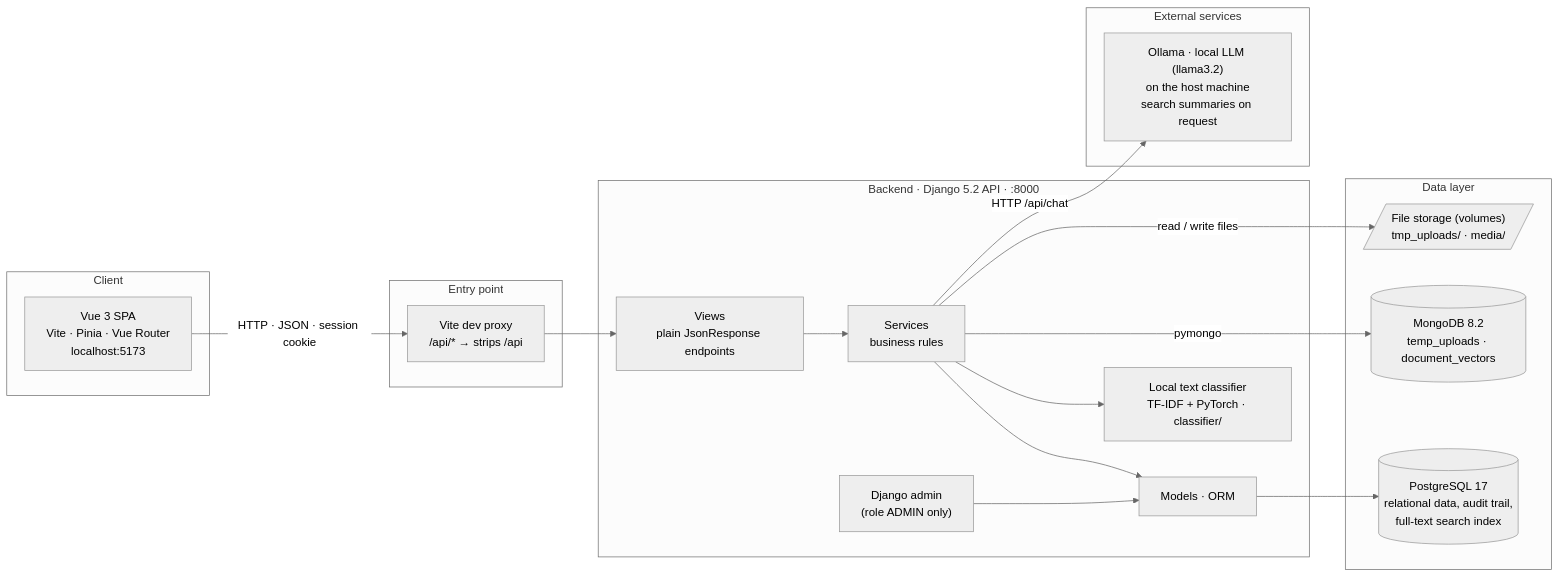
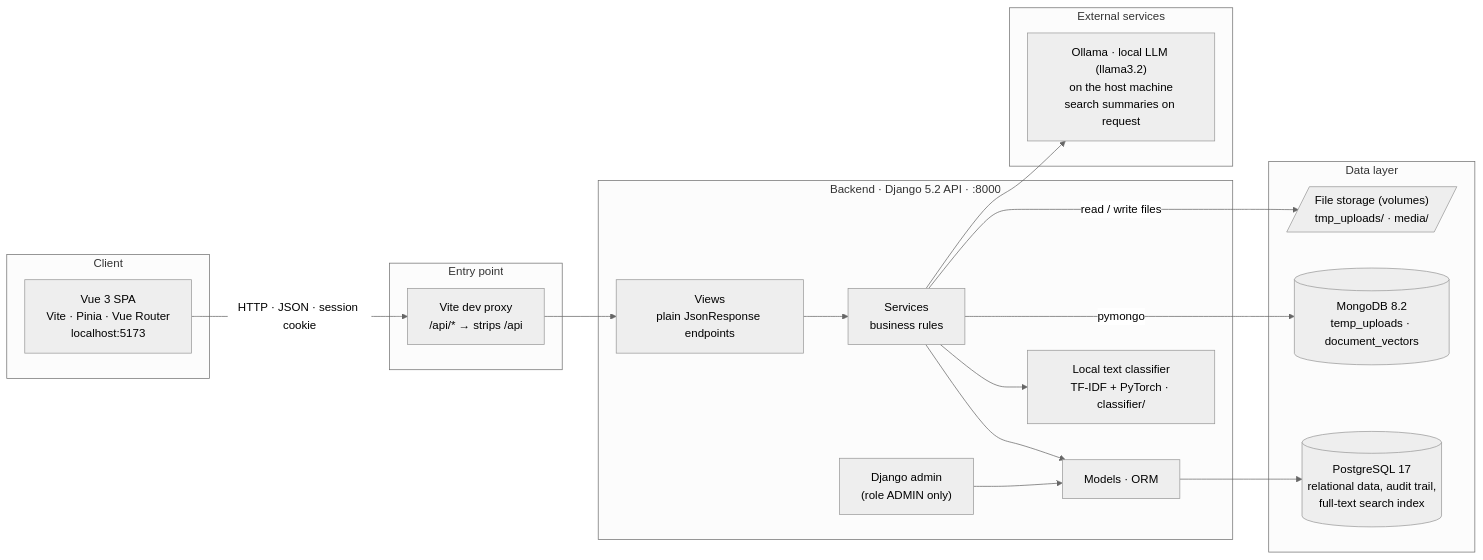
The diagram in docs/architecture/overview.mmd (Pragma-Co/backend-indice), drawn with Mermaid (neutral theme) before and after one commit. The commit also changed 4 other files, not shown here.

```diff
--- a/docs/architecture/overview.mmd
+++ b/docs/architecture/overview.mmd
@@ -1,36 +1,36 @@
 flowchart LR
     subgraph Client["Client"]
         Browser["Vue 3 SPA<br/>Vite · Pinia · Vue Router<br/>localhost:5173"]
     end
 
     subgraph Edge["Entry point"]
         Proxy["Vite dev proxy<br/>/api/* → strips /api"]
     end
 
     subgraph Backend["Backend · Django 5.2 API · :8000"]
         Views["Views<br/>plain JsonResponse endpoints"]
         Services["Services<br/>business rules"]
         Models["Models · ORM"]
         Classifier["Local text classifier<br/>TF-IDF + PyTorch · classifier/"]
         Admin["Django admin<br/>(role ADMIN only)"]
         Views --> Services --> Models
         Services --> Classifier
         Admin --> Models
     end
 
     subgraph Data["Data layer"]
         PG[("PostgreSQL 17<br/>relational data, audit trail,<br/>full-text search index")]
         Mongo[("MongoDB 8.2<br/>temp_uploads · document_vectors")]
         Files[/"File storage (volumes)<br/>tmp_uploads/ · media/"/]
     end
 
     subgraph External["External services"]
         Ollama["Ollama · local LLM (llama3.2)<br/>on the host machine<br/>search summaries on request"]
     end
 
     Browser -- "HTTP · JSON · session cookie" --> Proxy
     Proxy --> Views
     Models --> PG
     Services -- "pymongo" --> Mongo
     Services -- "read / write files" --> Files
-    Services -- "HTTP /api/chat" --> Ollama
+    Services --> Ollama
```
